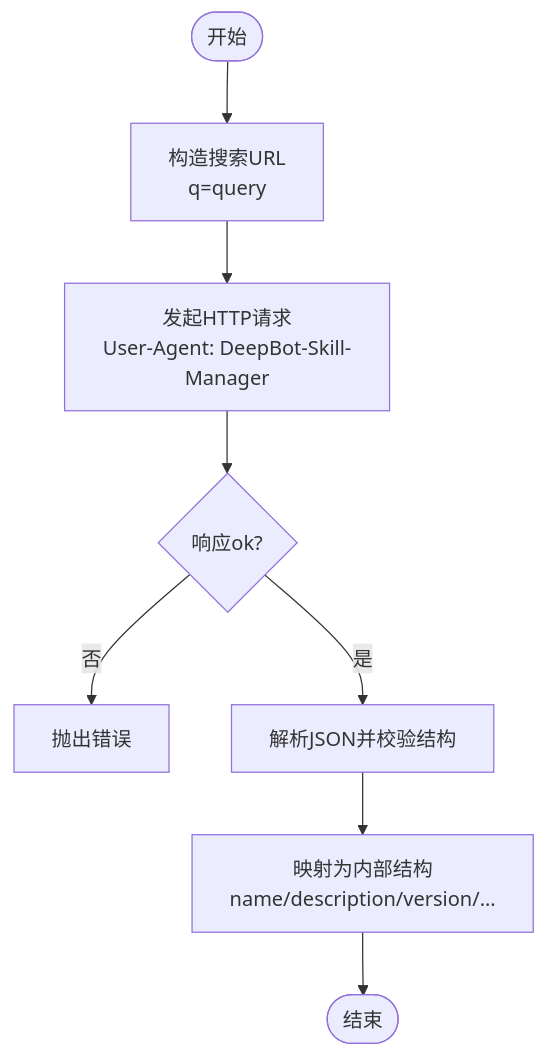
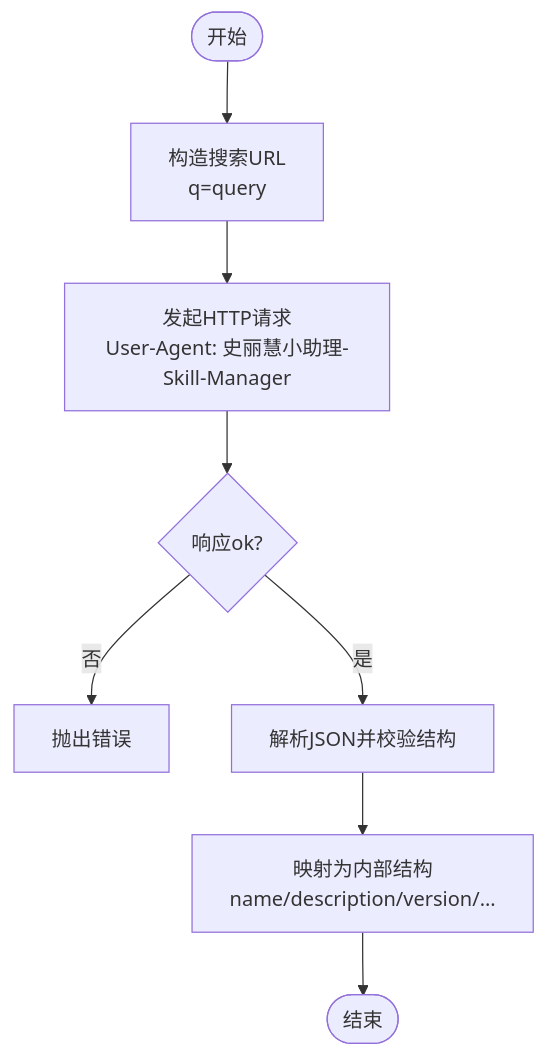
The third of 6 diagrams in .qoder/repowiki/zh/content/前端应用架构/特色功能组件/Skill 管理器/技能搜索与安装.md (HEROhuqinchao/deepbot), drawn with Mermaid before and after one commit. The commit also changed other lines of this file and 250 other files, not shown here.

````diff
--- a/.qoder/repowiki/zh/content/前端应用架构/特色功能组件/Skill 管理器/技能搜索与安装.md
+++ b/.qoder/repowiki/zh/content/前端应用架构/特色功能组件/Skill 管理器/技能搜索与安装.md
@@ -161,10 +161,10 @@
 ```mermaid
 flowchart TD
 Start(["开始"]) --> BuildURL["构造搜索URL<br/>q=query"]
-BuildURL --> Request["发起HTTP请求<br/>User-Agent: DeepBot-Skill-Manager"]
+BuildURL --> Request["发起HTTP请求<br/>User-Agent: 史丽慧小助理-Skill-Manager"]
 Request --> RespOK{"响应ok?"}
 RespOK -- 否 --> ThrowErr["抛出错误"]
 RespOK -- 是 --> Parse["解析JSON并校验结构"]
 Parse --> Map["映射为内部结构<br/>name/description/version/..."]
 Map --> Done(["结束"])
 ```
````
